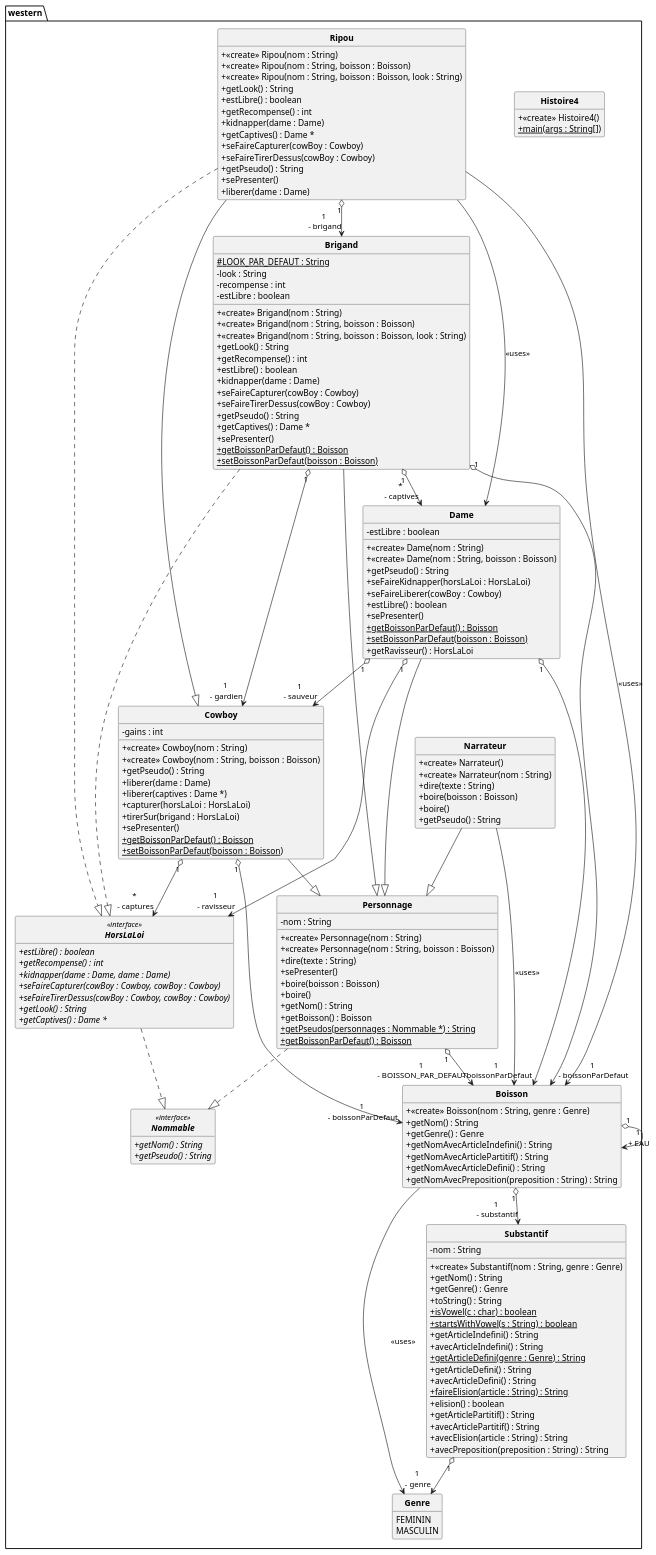
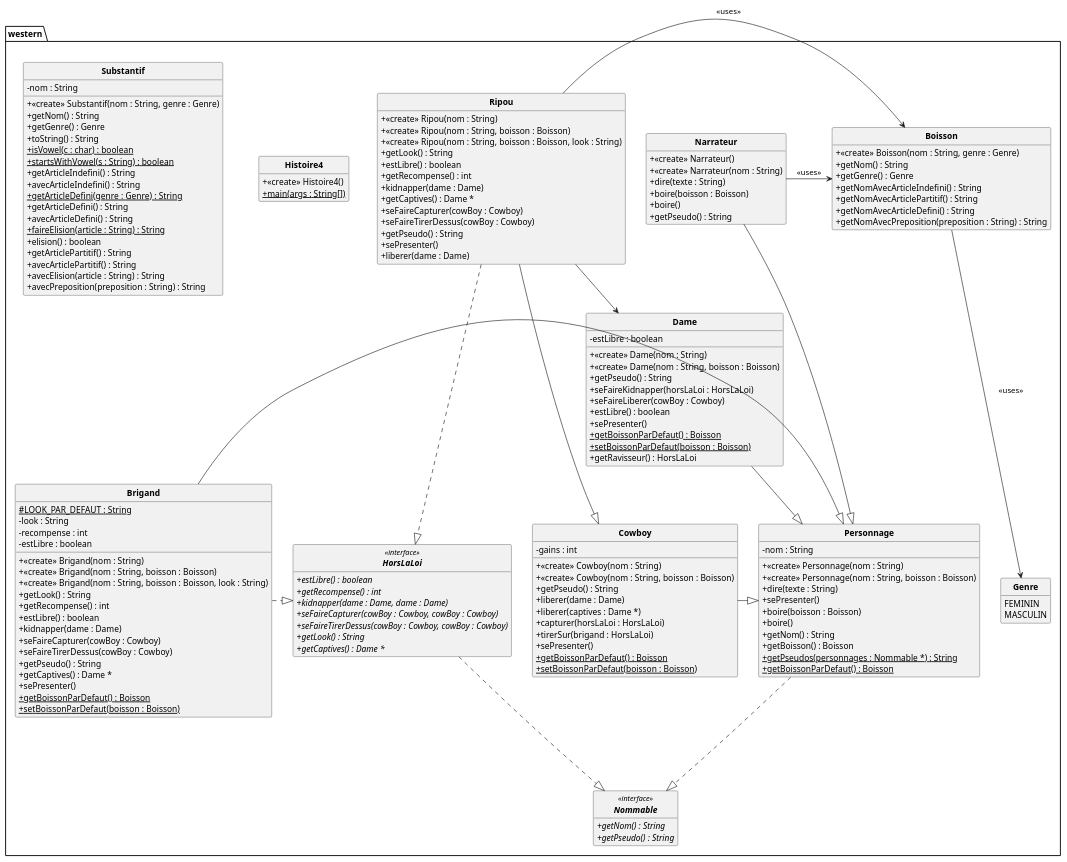
The diagram in out/production/p21_projet/pumlFromJava/westernClass.puml (DimToups/Java-to-PUML-converter), drawn with PlantUML before and after one commit. The commit also changed 6 other files, not shown here.

```diff
--- a/out/production/p21_projet/pumlFromJava/westernClass.puml
+++ b/out/production/p21_projet/pumlFromJava/westernClass.puml
@@ -152,70 +152,44 @@
 }
 
 
-'@PumlAggregation
-Boisson "1" o--> "1\n - substantif" Substantif
+'@PumlAggregationBoisson "1" o---> "1\n - substantif" Substantif
 
-'@PumlAggregation
-Boisson "1" o--> "1\n + EAU" Boisson
-
+'@PumlAggregationBoisson "1" o-> "1\n + EAU" Boisson
 Boisson --> Genre : <<uses>>
 
-'@PumlAggregation
-Brigand "1" o--> "*\n - captives" Dame
+'@PumlAggregationBrigand "1" o-> "*\n - captives" Dame
 
-'@PumlAggregation
-Brigand "1" o--> "1\n - gardien" Cowboy
+'@PumlAggregationBrigand "1" o--> "1\n - gardien" Cowboy
 
-'@PumlAggregation
-Brigand "1" o--> "1\n - boissonParDefaut" Boisson
+'@PumlAggregationBrigand "1" o-> "1\n - boissonParDefaut" Boisson
+Brigand -|> Personnage
+Brigand .|> HorsLaLoi
 
-Brigand --|> Personnage
+'@PumlAggregationCowboy "1" o-> "*\n - captures" HorsLaLoi
 
-Brigand ..|> HorsLaLoi
+'@PumlAggregationCowboy "1" o-> "1\n - boissonParDefaut" Boisson
+Cowboy -|> Personnage
 
-'@PumlAggregation
-Cowboy "1" o--> "*\n - captures" HorsLaLoi
+'@PumlAggregationDame "1" o---> "1\n - sauveur" Cowboy
 
-'@PumlAggregation
-Cowboy "1" o--> "1\n - boissonParDefaut" Boisson
+'@PumlAggregationDame "1" o-> "1\n - ravisseur" HorsLaLoi
 
-Cowboy --|> Personnage
+'@PumlAggregationDame "1" o-> "1\n - boissonParDefaut" Boisson
+Dame -|> Personnage
+HorsLaLoi ...|> Nommable
+Narrateur -|> Personnage
+Narrateur -> Boisson : <<uses>>
 
-'@PumlAggregation
-Dame "1" o--> "1\n - sauveur" Cowboy
+'@PumlAggregationPersonnage "1" o-> "1\n - BOISSON_PAR_DEFAUT" Boisson
+Personnage ...|> Nommable
 
-'@PumlAggregation
-Dame "1" o--> "1\n - ravisseur" HorsLaLoi
+'@PumlAggregationRipou "1" o-> "1\n - brigand" Brigand
+Ripou --|> Cowboy
+Ripou .|> HorsLaLoi
+Ripou -> Boisson : <<uses>>
+Ripou -> Dame : <<uses>>
 
-'@PumlAggregation
-Dame "1" o--> "1\n - boissonParDefaut" Boisson
-
-Dame --|> Personnage
-
-HorsLaLoi ..|> Nommable
-
-Narrateur --|> Personnage
-
-Narrateur --> Boisson : <<uses>>
-
-'@PumlAggregation
-Personnage "1" o--> "1\n - BOISSON_PAR_DEFAUT" Boisson
-
-Personnage ..|> Nommable
-
-'@PumlAggregation
-Ripou "1" o--> "1\n - brigand" Brigand
-
-Ripou --|> Cowboy
-
-Ripou ..|> HorsLaLoi
-
-Ripou --> Boisson : <<uses>>
-
-Ripou --> Dame : <<uses>>
-
-'@PumlAggregation
-Substantif "1" o--> "1\n - genre" Genre
+'@PumlAggregationSubstantif "1" o-> "1\n - genre" Genre
 
 }
 @enduml
```
